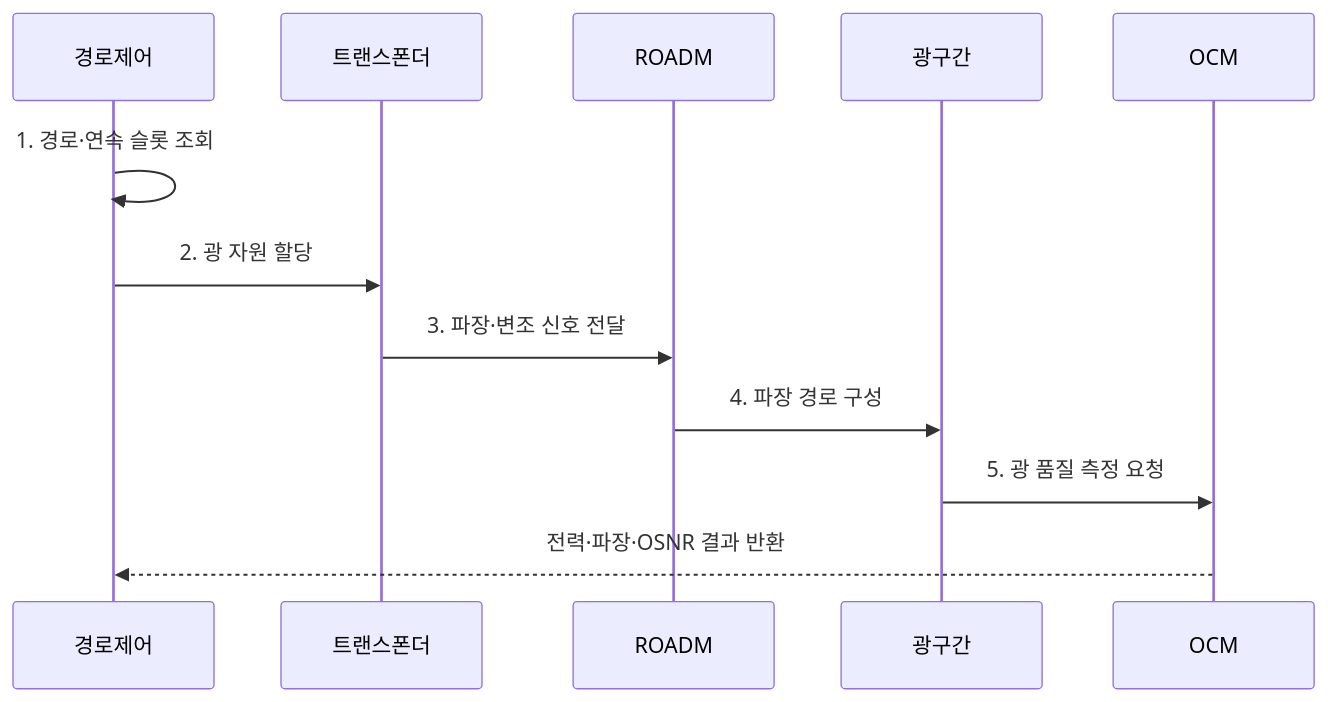
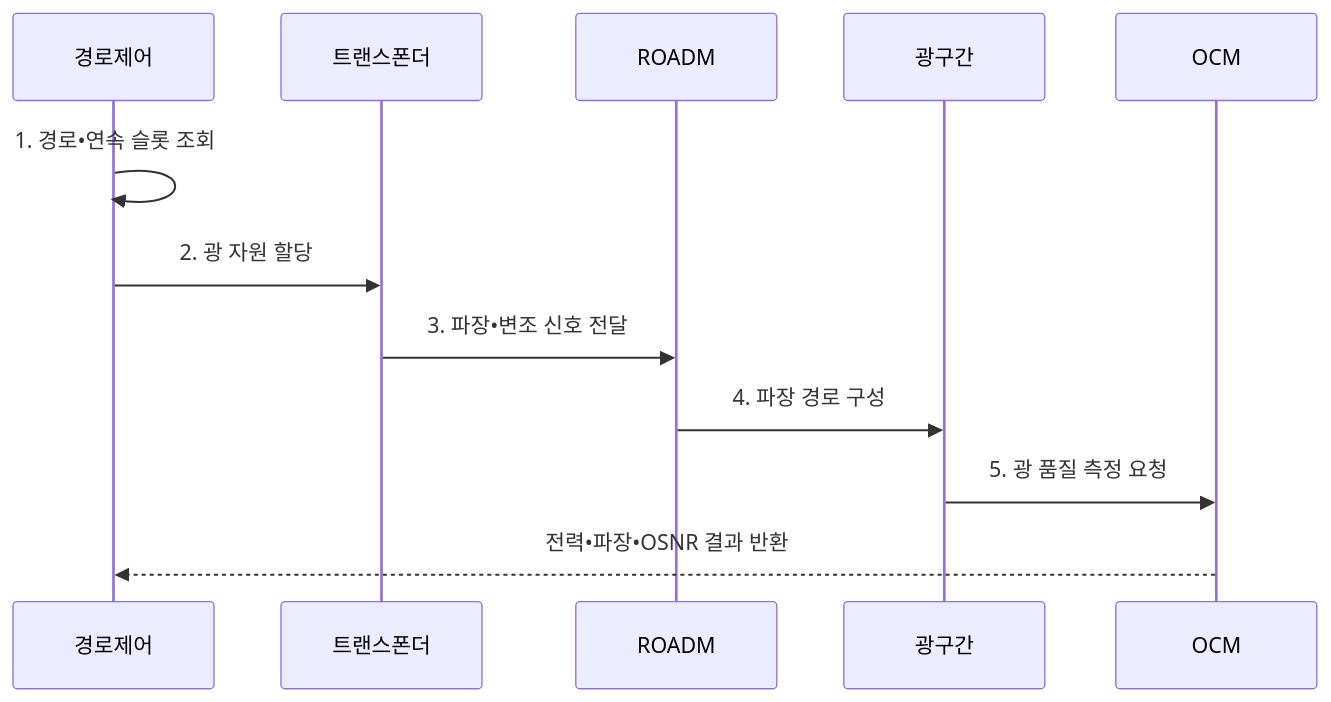
The second of 2 diagrams in src/content/docs/notes/04-network/070_wdm_dwdm.md (agnusdei1207/knowledge-base), drawn with Mermaid before and after one commit. The commit also changed other lines of this file and 953 other files, not shown here.

````diff
--- a/src/content/docs/notes/04-network/070_wdm_dwdm.md
+++ b/src/content/docs/notes/04-network/070_wdm_dwdm.md
@@ -105,14 +105,14 @@
 ```mermaid
 sequenceDiagram
     participant 경로제어
     participant 트랜스폰더
     participant ROADM
     participant 광구간
     participant OCM
-    경로제어->>경로제어: 1. 경로·연속 슬롯 조회
+    경로제어->>경로제어: 1. 경로•연속 슬롯 조회
     경로제어->>트랜스폰더: 2. 광 자원 할당
-    트랜스폰더->>ROADM: 3. 파장·변조 신호 전달
+    트랜스폰더->>ROADM: 3. 파장•변조 신호 전달
     ROADM->>광구간: 4. 파장 경로 구성
     광구간->>OCM: 5. 광 품질 측정 요청
-    OCM-->>경로제어: 전력·파장·OSNR 결과 반환
+    OCM-->>경로제어: 전력•파장•OSNR 결과 반환
 ```
````
